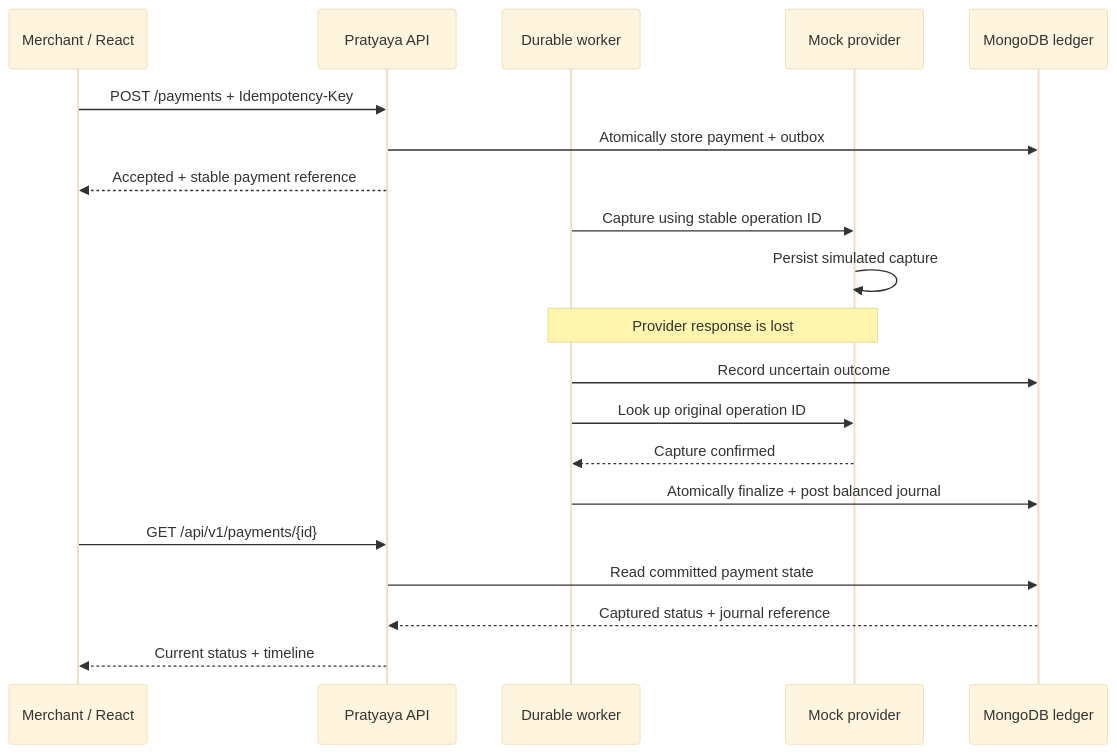
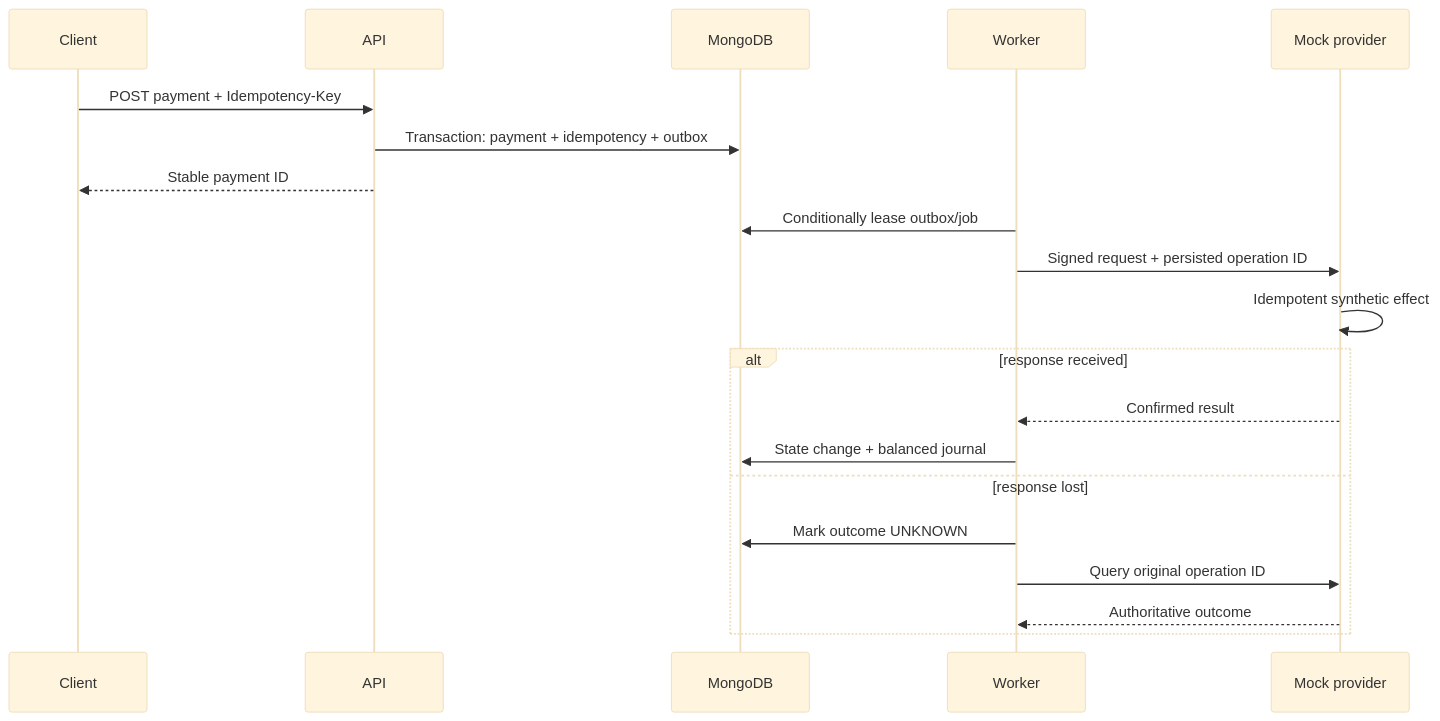
Before and after one commit to alive7z/Pratyaya: the second of 2 diagrams in README.md, drawn with Mermaid (base theme). The commit also changed other lines of this file and 38 other files, not shown here.

````diff
--- a/README.md
+++ b/README.md
@@ -160,22 +41,22 @@
 ```mermaid
 sequenceDiagram
-    participant M as Merchant / React
-    participant A as Pratyaya API
-    participant W as Durable worker
+    participant C as Client
+    participant A as API
+    participant D as MongoDB
+    participant W as Worker
     participant P as Mock provider
-    participant D as MongoDB ledger
-    M->>A: POST /payments + Idempotency-Key
-    A->>D: Atomically store payment + outbox
-    A-->>M: Accepted + stable payment reference
-    W->>P: Capture using stable operation ID
-    P->>P: Persist simulated capture
-    Note over P,W: Provider response is lost
-    W->>D: Record uncertain outcome
-    W->>P: Look up original operation ID
-    P-->>W: Capture confirmed
-    W->>D: Atomically finalize + post balanced journal
-    M->>A: GET /api/v1/payments/{id}
-    A->>D: Read committed payment state
-    D-->>A: Captured status + journal reference
-    A-->>M: Current status + timeline
+    C->>A: POST payment + Idempotency-Key
+    A->>D: Transaction: payment + idempotency + outbox
+    A-->>C: Stable payment ID
+    W->>D: Conditionally lease outbox/job
+    W->>P: Signed request + persisted operation ID
+    P->>P: Idempotent synthetic effect
+    alt response received
+        P-->>W: Confirmed result
+        W->>D: State change + balanced journal
+    else response lost
+        W->>D: Mark outcome UNKNOWN
+        W->>P: Query original operation ID
+        P-->>W: Authoritative outcome
+    end
 ```
````
